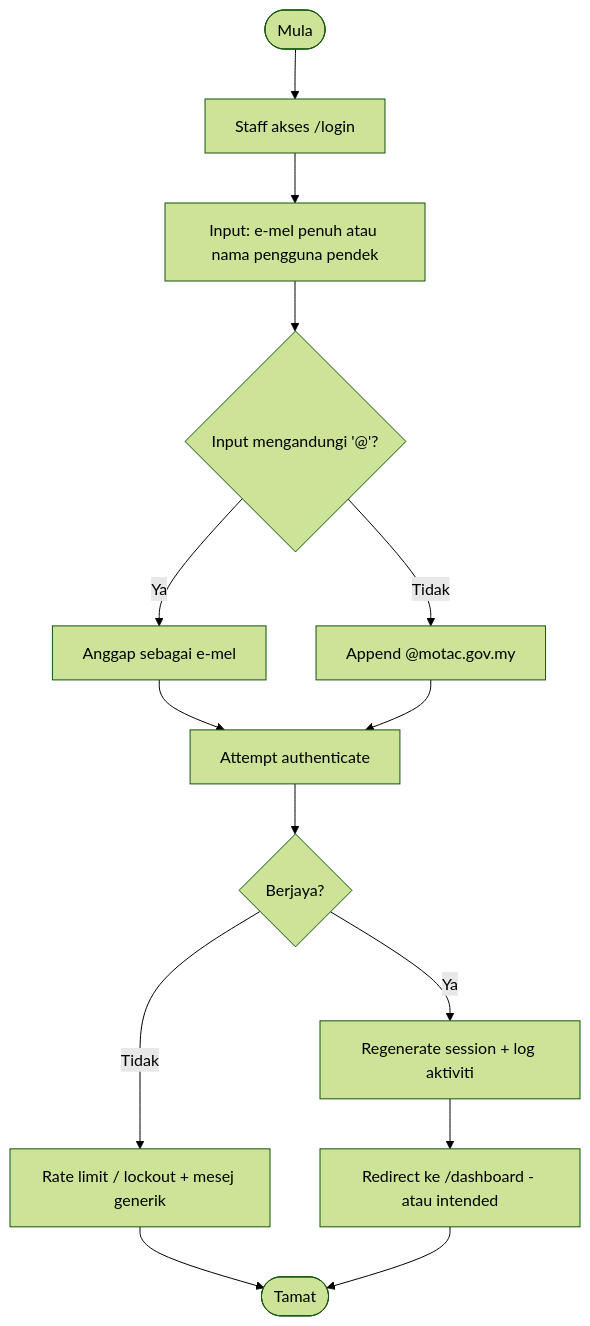
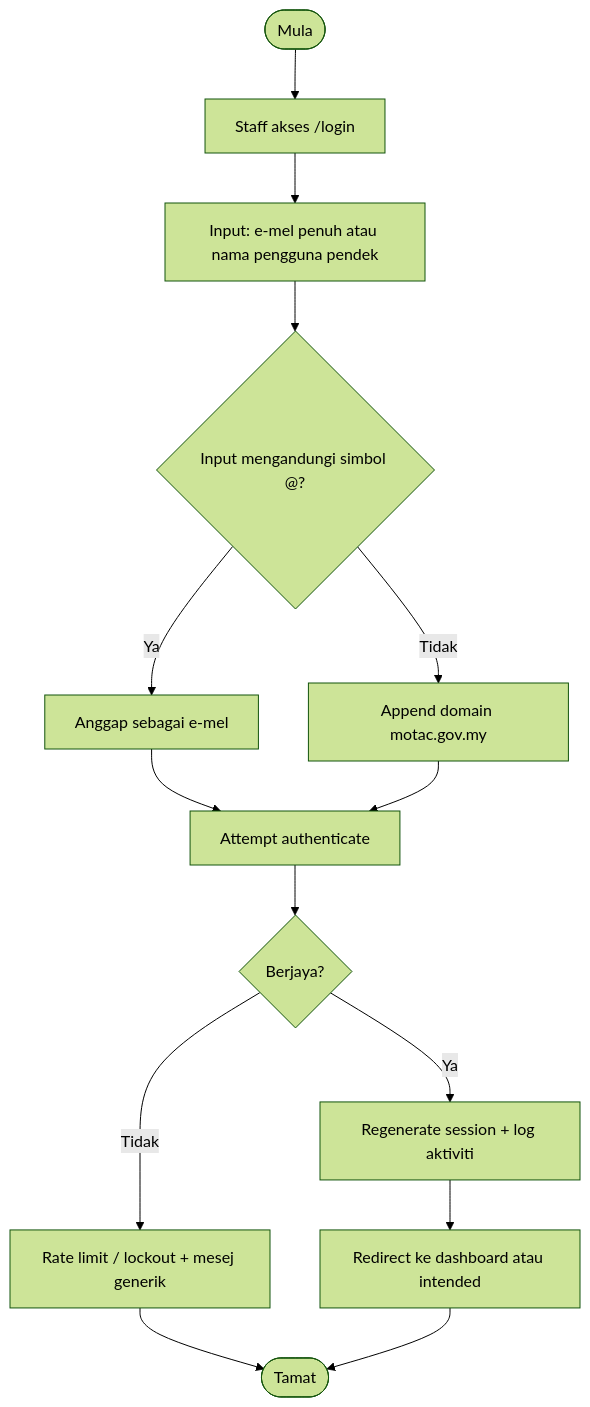
Before and after one commit to IzzatFirdaus/ictserve-031125: the ninth of 10 diagrams in WORKFLOW_DIAGRAMS.md, drawn with Mermaid (forest theme). The commit also changed other lines of this file and 4 other files, not shown here.

First line of the commit message:
docs: add admin login compliance and system flow documentation

````diff
--- a/WORKFLOW_DIAGRAMS.md
+++ b/WORKFLOW_DIAGRAMS.md
@@ -331,19 +331,19 @@
 ```mermaid
 flowchart TD
   A([Mula]) --> B[Staff akses /login]
   B --> C[Input: e-mel penuh atau nama pengguna pendek]
-  C --> D{Input mengandungi '@'?}
+  C --> D{Input mengandungi simbol @?}
   D -- Ya --> E[Anggap sebagai e-mel]
-  D -- Tidak --> F[Append @motac.gov.my]
+  D -- Tidak --> F[Append domain motac.gov.my]
 
   E --> G[Attempt authenticate]
   F --> G
 
   G --> H{Berjaya?}
   H -- Tidak --> I[Rate limit / lockout + mesej generik]
   H -- Ya --> J[Regenerate session + log aktiviti]
-  J --> K[Redirect ke /dashboard - atau intended]
+  J --> K[Redirect ke dashboard atau intended]
 
   I --> L([Tamat])
   K --> L
 ```
````
